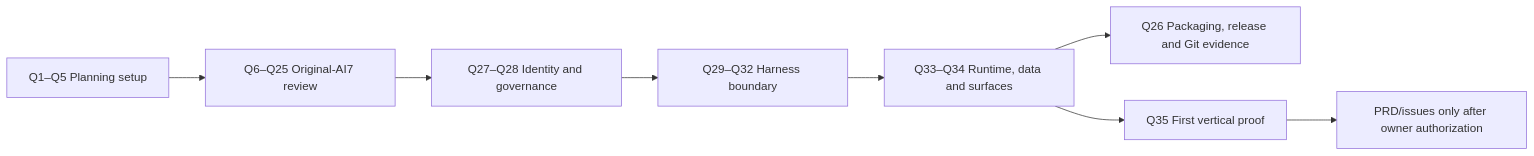
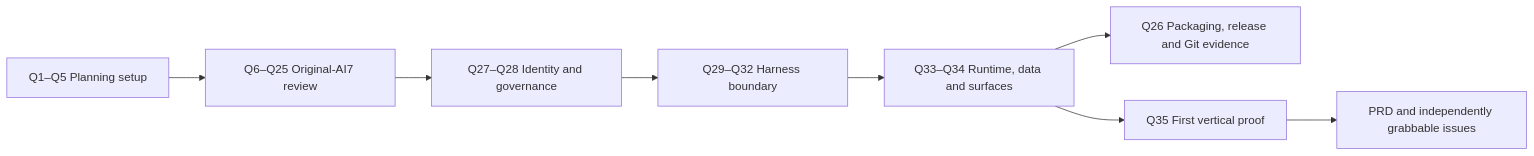
One commit to zhouy1017/ai7-harness changed the diagram in kick-in/05-decision-map.md. Above: the diagram before and after it, drawn with Mermaid. The commit also changed other lines of this file and 42 other files, not shown here.

````diff
--- a/kick-in/05-decision-map.md
+++ b/kick-in/05-decision-map.md
@@ -81,10 +77,10 @@
 ```mermaid
 flowchart LR
     Setup["Q1–Q5 Planning setup"] --> Inheritance["Q6–Q25 Original-AI7 review"]
     Inheritance --> Governance["Q27–Q28 Identity and governance"]
     Governance --> Harness["Q29–Q32 Harness boundary"]
     Harness --> Product["Q33–Q34 Runtime, data and surfaces"]
     Product --> Packaging["Q26 Packaging, release and Git evidence"]
     Product --> Slice["Q35 First vertical proof"]
-    Slice --> PRD["PRD/issues only after owner authorization"]
+    Slice --> PRD["PRD and independently grabbable issues"]
 ```
````
